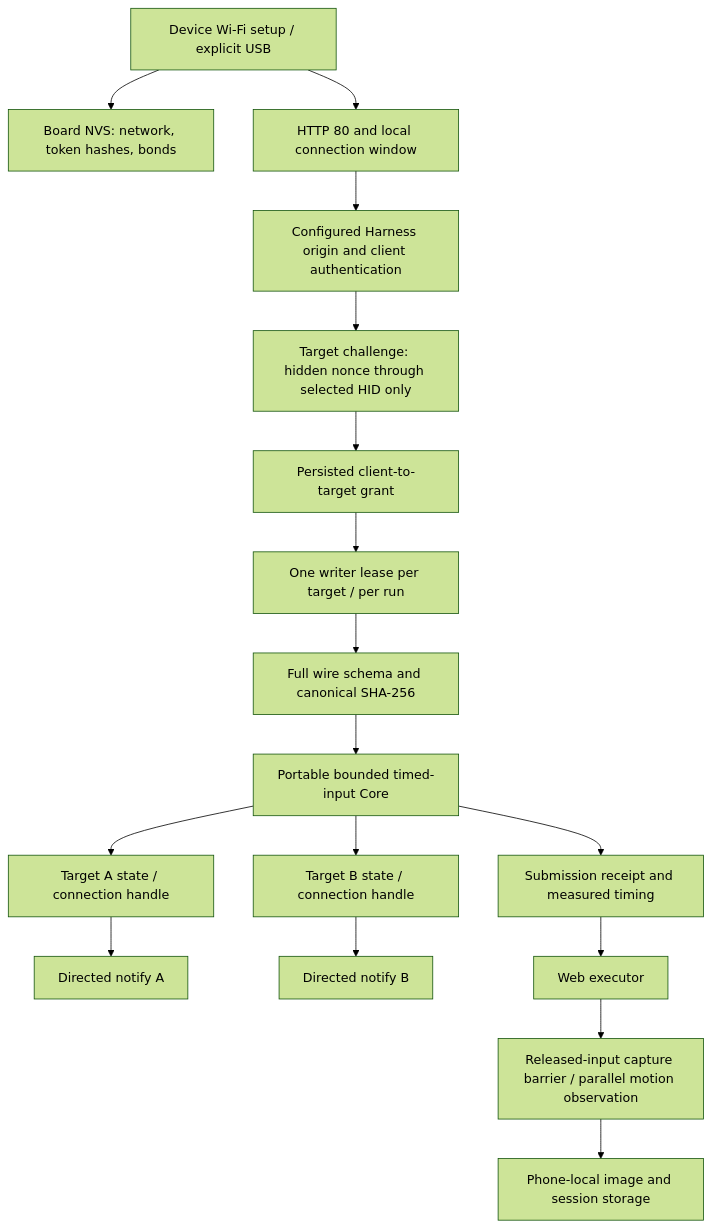
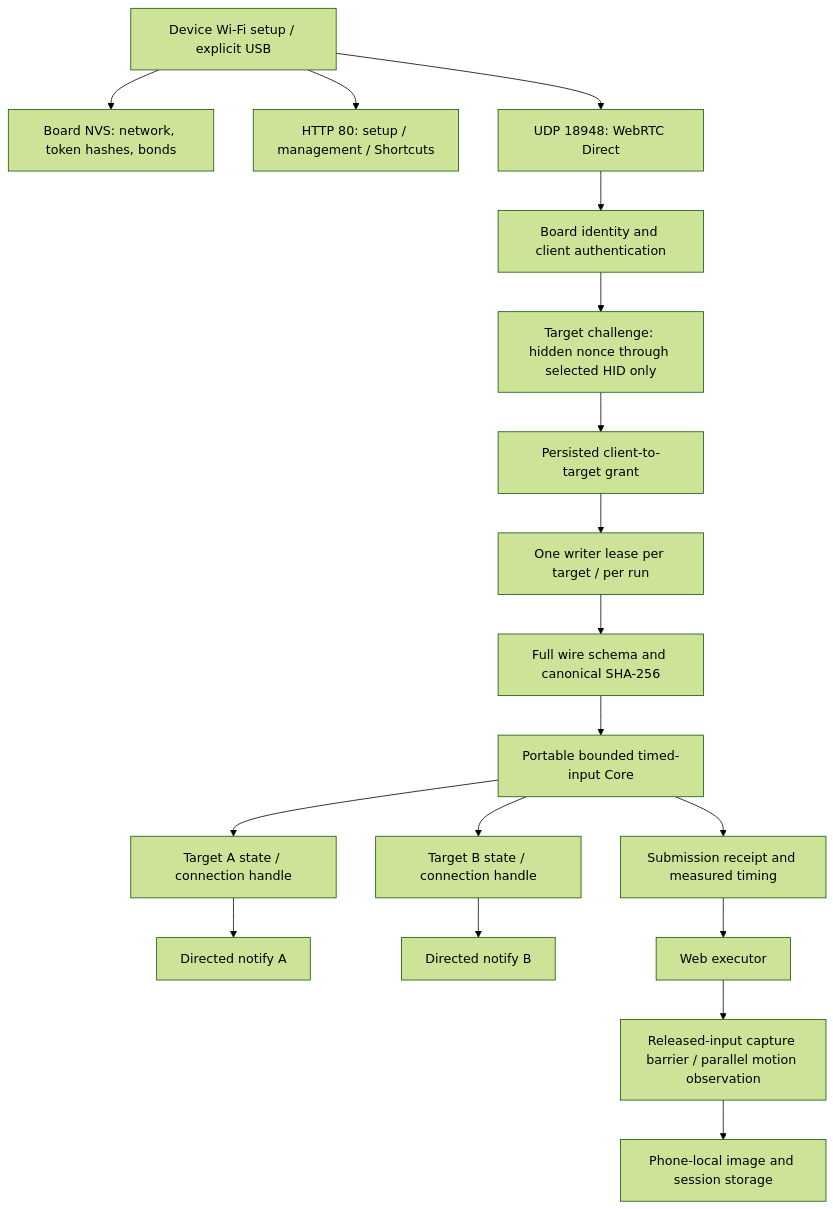
One commit to cccat6/iphone-agent-harness changed the first of 2 diagrams in docs/architecture/firmware-implementation.md. Above: the diagram before and after it, drawn with Mermaid (forest theme). The commit also changed other lines of this file and 232 other files, not shown here.

Commit message:
Integrate local WebRTC control and streamed clipboard with paged sessions

````diff
--- a/docs/architecture/firmware-implementation.md
+++ b/docs/architecture/firmware-implementation.md
@@ -9,19 +9,20 @@
 ```mermaid
 flowchart TD
   Setup[Device Wi-Fi setup / explicit USB] --> NVS[Board NVS: network, token hashes, bonds]
-  Setup --> HTTP[HTTP 80 and local connection window]
-  HTTP --> Origin[Configured Harness origin and client authentication]
+  Setup --> HTTP[HTTP 80: setup / management / Shortcuts]
+  Setup --> RTC[UDP 18948: WebRTC Direct]
+  RTC --> Origin[Board identity and client authentication]
   Origin --> Proof[Target challenge: hidden nonce through selected HID only]
   Proof --> Grant[Persisted client-to-target grant]
   Grant --> Writer[One writer lease per target / per run]
   Writer --> Verify[Full wire schema and canonical SHA-256]
   Verify --> Core[Portable bounded timed-input Core]
   Core --> A[Target A state / connection handle]
   Core --> B[Target B state / connection handle]
   A --> NA[Directed notify A]
   B --> NB[Directed notify B]
   Core --> Receipt[Submission receipt and measured timing]
   Receipt --> Host[Web executor]
   Host --> Capture[Released-input capture barrier / parallel motion observation]
   Capture --> DB[Phone-local image and session storage]
 ```
````
